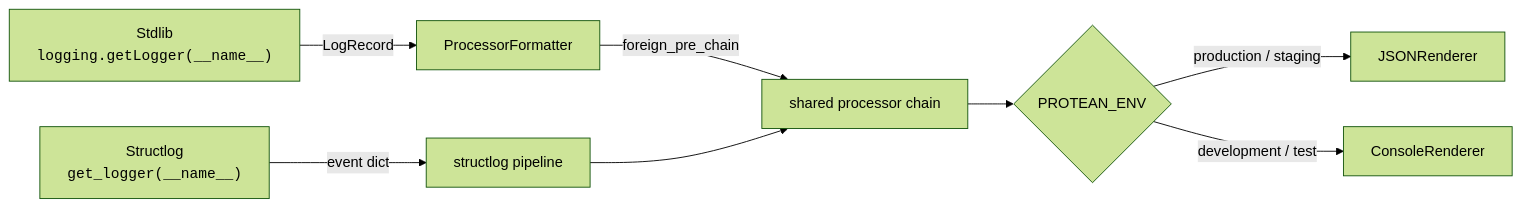
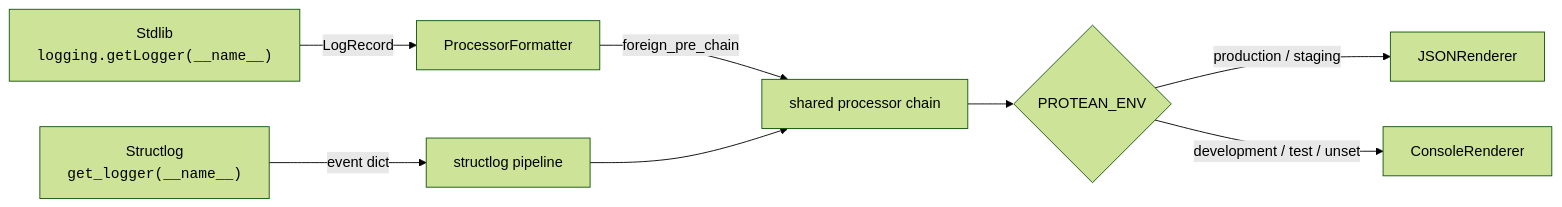
The diagram in docs/concepts/observability/logging.md (proteanhq/protean), drawn with Mermaid (forest theme) before and after one commit. The commit also changed other lines of this file and 16 other files, not shown here.

````diff
--- a/docs/concepts/observability/logging.md
+++ b/docs/concepts/observability/logging.md
@@ -101,10 +101,10 @@
 ```mermaid
 flowchart LR
     A["Stdlib<br/><code>logging.getLogger(__name__)</code>"] -->|LogRecord| B[ProcessorFormatter]
     C["Structlog<br/><code>get_logger(__name__)</code>"] -->|event dict| D[structlog pipeline]
     B -->|foreign_pre_chain| E[shared processor chain]
     D --> E
     E --> F{PROTEAN_ENV}
     F -->|production / staging| G[JSONRenderer]
-    F -->|development / test| H[ConsoleRenderer]
+    F -->|development / test / unset| H[ConsoleRenderer]
 ```
````
